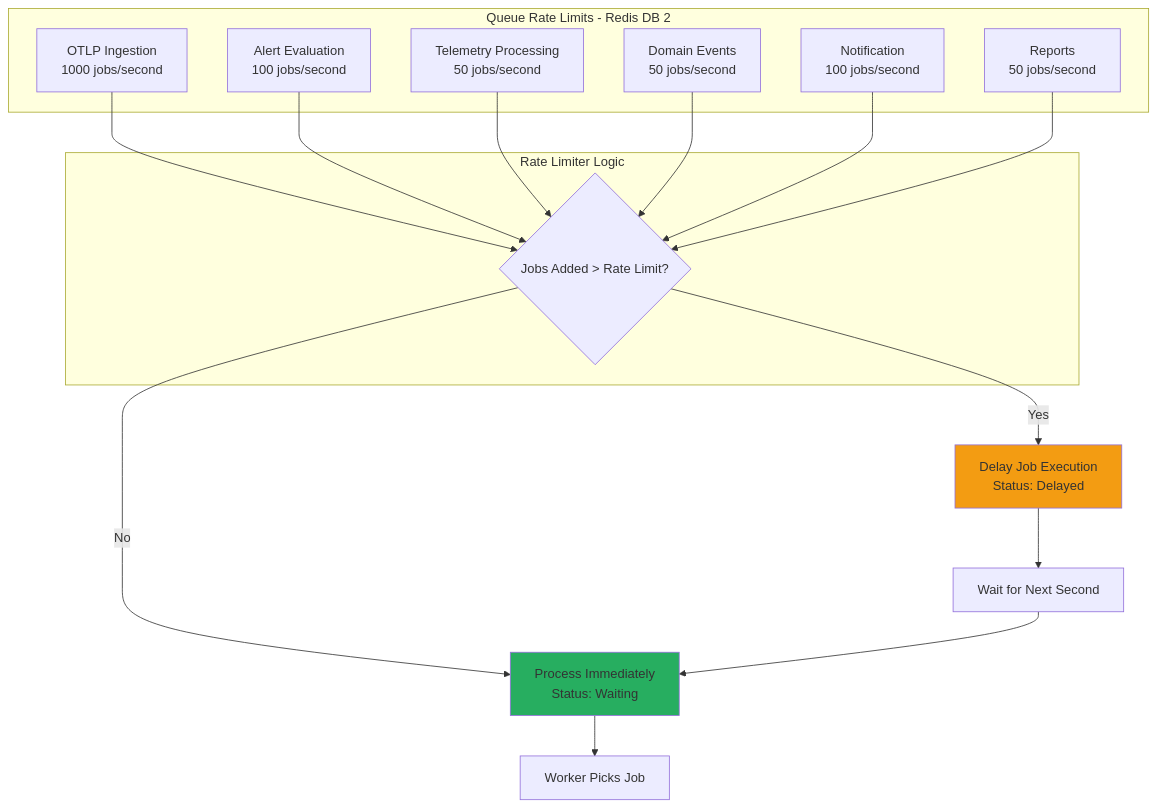
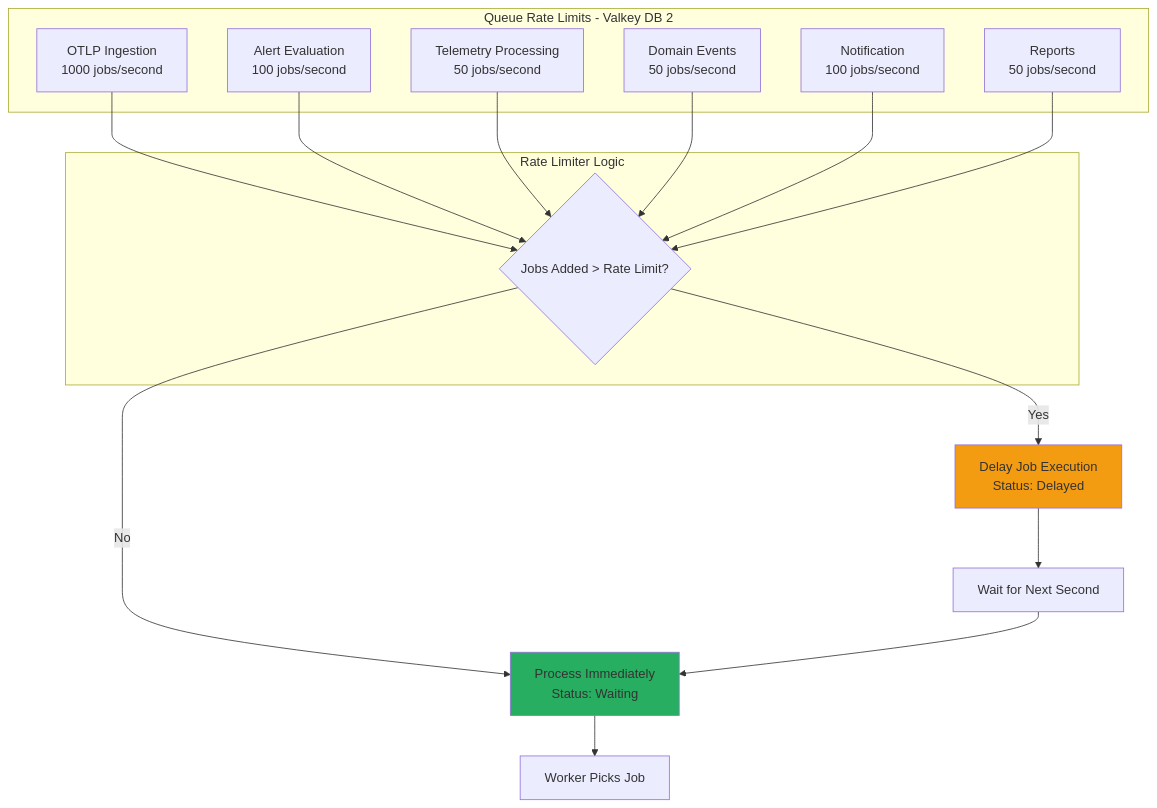
Before and after one commit to telemetryflow/telemetryflow-overview: diagram 39 of 54 in architecture/05-PERFORMANCE.md, drawn with Mermaid. The commit also changed other lines of this file and 23 other files, not shown here.

First line of the commit message:
docs: relabel Redis->Valkey in architecture/diagrams/prose (follow-up sweep)

````diff
--- a/architecture/05-PERFORMANCE.md
+++ b/architecture/05-PERFORMANCE.md
@@ -1489,33 +1489,33 @@
 ```mermaid
 graph TB
-    subgraph "Queue Rate Limits - Redis DB 2"
+    subgraph "Queue Rate Limits - Valkey DB 2"
         A[OTLP Ingestion<br/>1000 jobs/second]
         B[Alert Evaluation<br/>100 jobs/second]
         C[Telemetry Processing<br/>50 jobs/second]
         D[Domain Events<br/>50 jobs/second]
         E[Notification<br/>100 jobs/second]
         F2[Reports<br/>50 jobs/second]
     end
 
     subgraph "Rate Limiter Logic"
         F{Jobs Added > Rate Limit?}
     end
 
     A --> F
     B --> F
     C --> F
     D --> F
     E --> F
     F2 --> F
 
     F -->|Yes| G[Delay Job Execution<br/>Status: Delayed]
     F -->|No| H[Process Immediately<br/>Status: Waiting]
 
     G --> I[Wait for Next Second]
     I --> H
 
     H --> J[Worker Picks Job]
 
     style G fill:#f39c12
     style H fill:#27ae60
 ```
````
